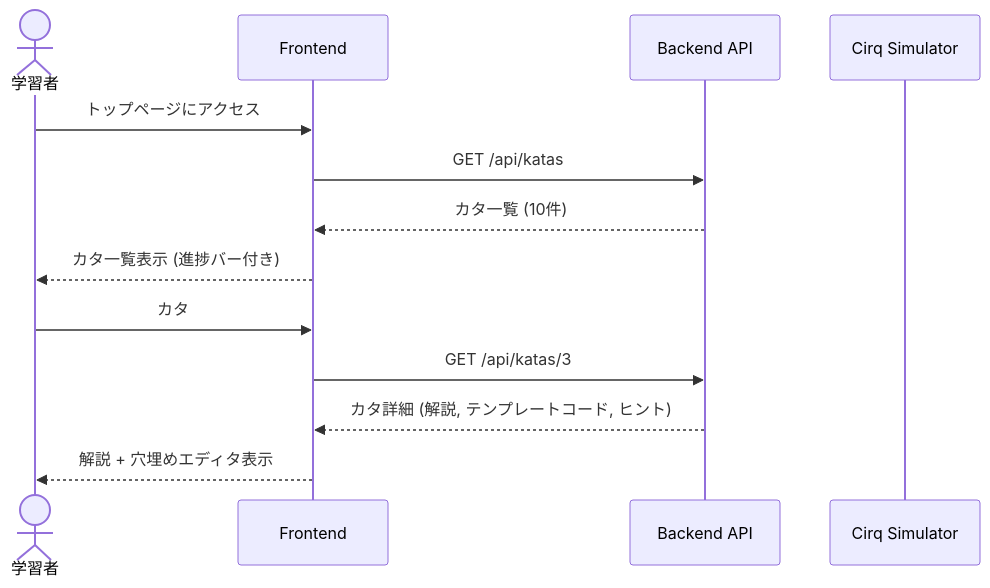
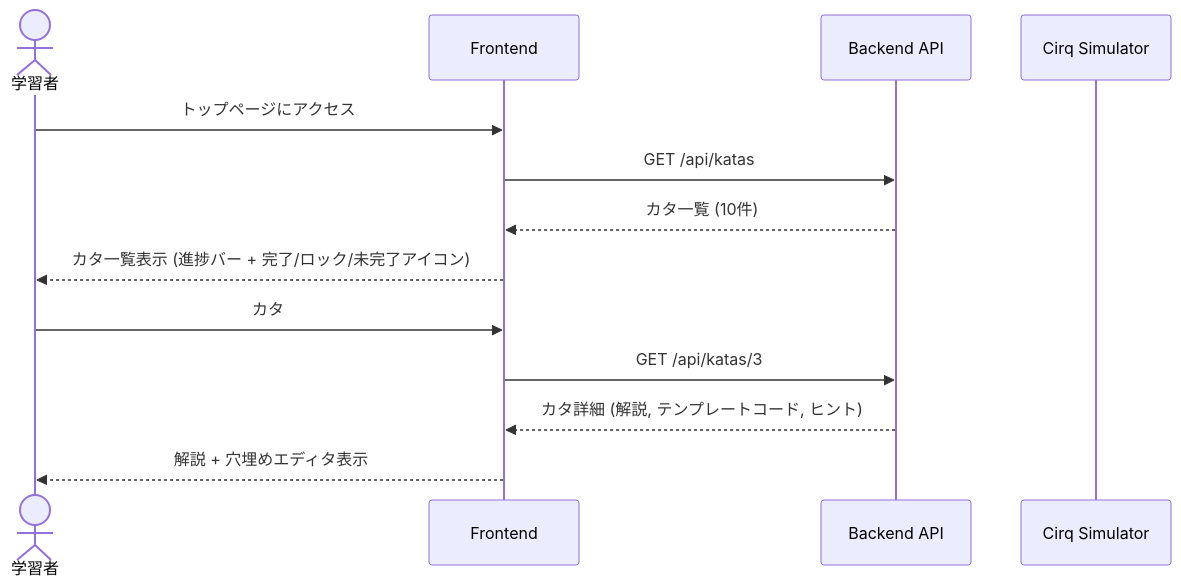
One commit to akaitigo/quantum-katas changed the first of 6 diagrams in docs/use-cases.md. Above: the diagram before and after it, drawn with Mermaid. The commit also changed other lines of this file and 11 other files, not shown here.

````diff
--- a/docs/use-cases.md
+++ b/docs/use-cases.md
@@ -5,16 +5,16 @@
 ```mermaid
 sequenceDiagram
     actor User as 学習者
     participant FE as Frontend
     participant API as Backend API
     participant Sim as Cirq Simulator
 
     User->>FE: トップページにアクセス
     FE->>API: GET /api/katas
     API-->>FE: カタ一覧 (10件)
-    FE-->>User: カタ一覧表示 (進捗バー付き)
+    FE-->>User: カタ一覧表示 (進捗バー + 完了/ロック/未完了アイコン)
     User->>FE: カタ #3 "Superposition" を選択
     FE->>API: GET /api/katas/3
     API-->>FE: カタ詳細 (解説, テンプレートコード, ヒント)
     FE-->>User: 解説 + 穴埋めエディタ表示
 ```
````
